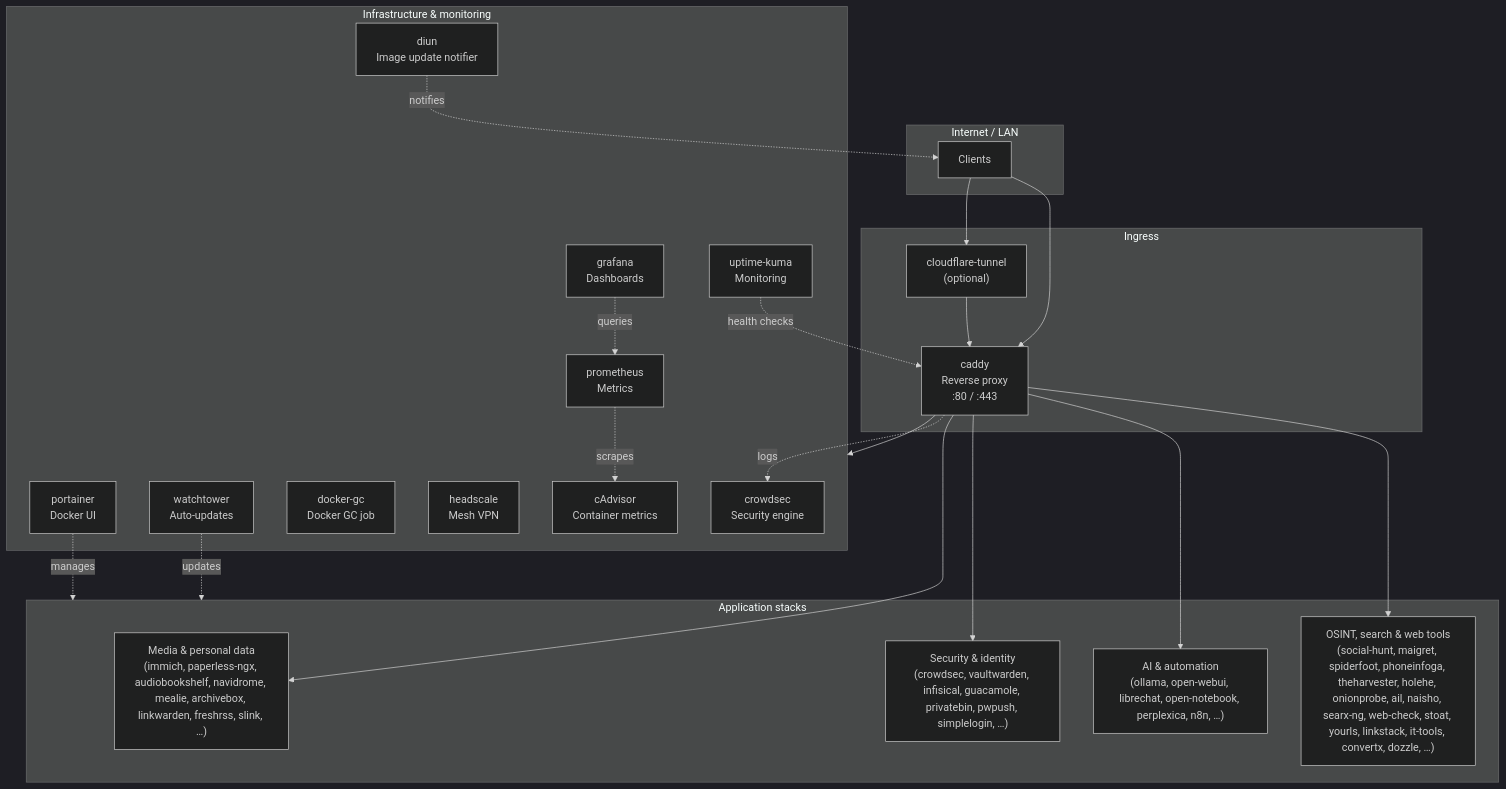
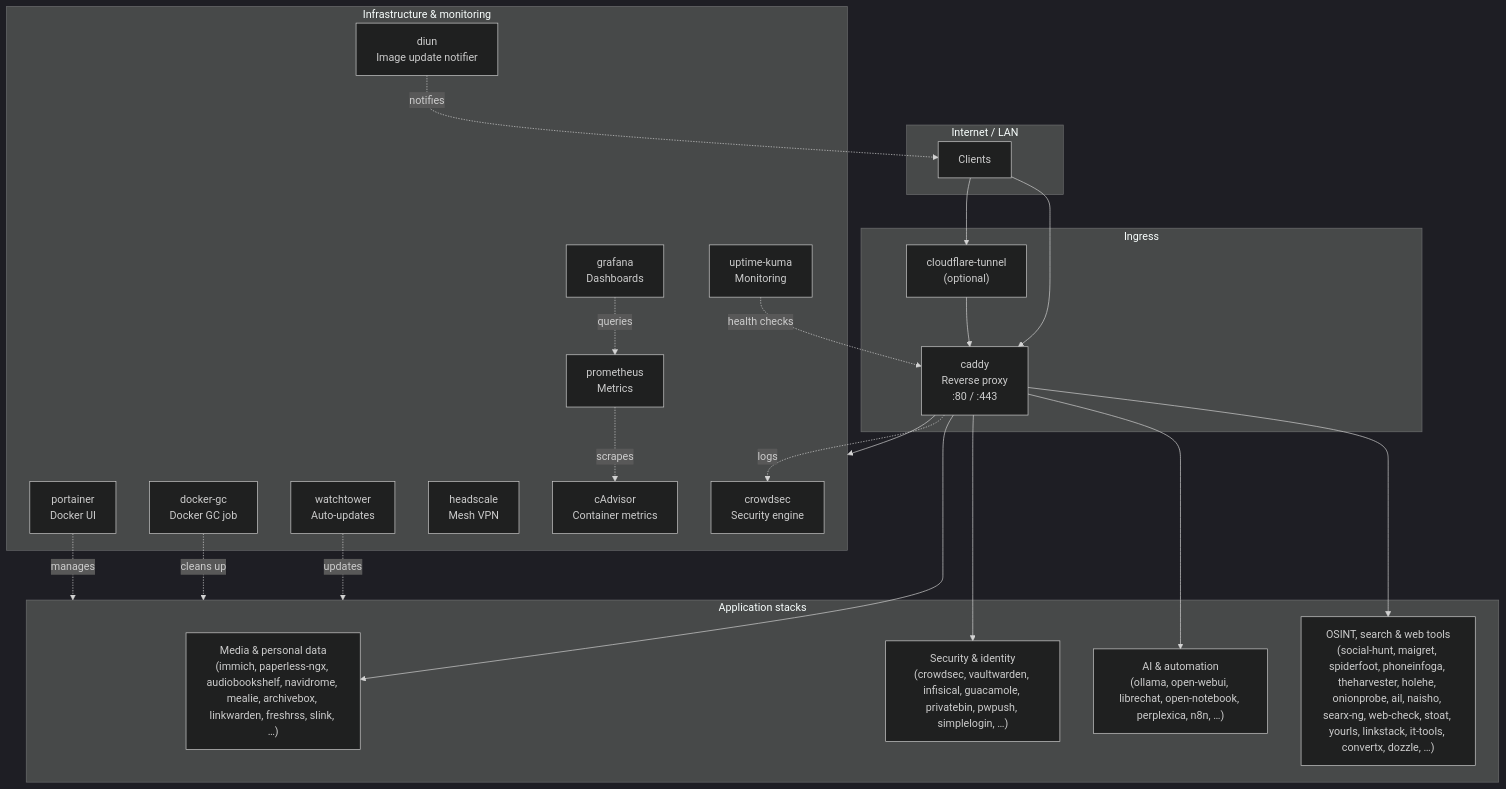
The diagram in README.md (bolens/homelab), drawn with Mermaid (dark theme) before and after one commit. The commit also changed other lines of this file and 82 other files, not shown here.

````diff
--- a/README.md
+++ b/README.md
@@ -9,50 +9,51 @@
 ```mermaid
 flowchart TB
     subgraph internet["Internet / LAN"]
         users["Clients"]
     end
 
     subgraph ingress["Ingress"]
         tunnel["cloudflare-tunnel<br>(optional)"]
         caddy["caddy<br>Reverse proxy<br>:80 / :443"]
     end
 
     subgraph apps["Application stacks"]
         apps_media["Media & personal data<br>(immich, paperless-ngx, audiobookshelf, navidrome, mealie, archivebox, linkwarden, freshrss, slink, …)"]
         apps_security["Security & identity<br>(crowdsec, vaultwarden, infisical, guacamole, privatebin, pwpush, simplelogin, …)"]
         apps_ai["AI & automation<br>(ollama, open-webui, librechat, open-notebook, perplexica, n8n, …)"]
         apps_osint["OSINT, search & web tools<br>(social-hunt, maigret, spiderfoot, phoneinfoga, theharvester, holehe, onionprobe, ail, naisho, searx-ng, web-check, stoat, yourls, linkstack, it-tools, convertx, dozzle, …)"]
     end
 
     subgraph infra["Infrastructure & monitoring"]
         portainer["portainer<br>Docker UI"]
         watchtower["watchtower<br>Auto-updates"]
         diun["diun<br>Image update notifier"]
         dockergc["docker-gc<br>Docker GC job"]
         kuma["uptime-kuma<br>Monitoring"]
         headscale["headscale<br>Mesh VPN"]
         grafana["grafana<br>Dashboards"]
         prometheus["prometheus<br>Metrics"]
         cadvisor["cAdvisor<br>Container metrics"]
         crowdsec["crowdsec<br>Security engine"]
     end
 
     users --> tunnel
     users --> caddy
     tunnel --> caddy
 
     caddy --> apps_media
     caddy --> apps_security
     caddy --> apps_ai
     caddy --> apps_osint
     caddy --> infra
 
     caddy -.->|logs| crowdsec
 
     kuma -.->|health checks| caddy
     prometheus -.->|scrapes| cadvisor
     grafana -.->|queries| prometheus
     watchtower -.->|updates| apps
+    dockergc -.->|cleans up| apps
     diun -.->|notifies| users
     portainer -.->|manages| apps
 ```
````
